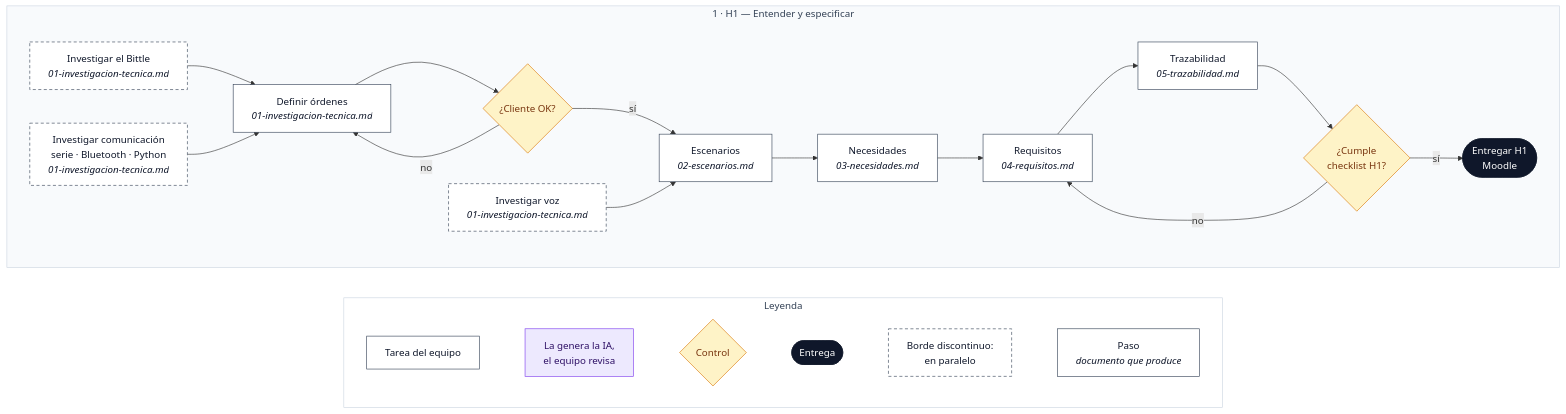
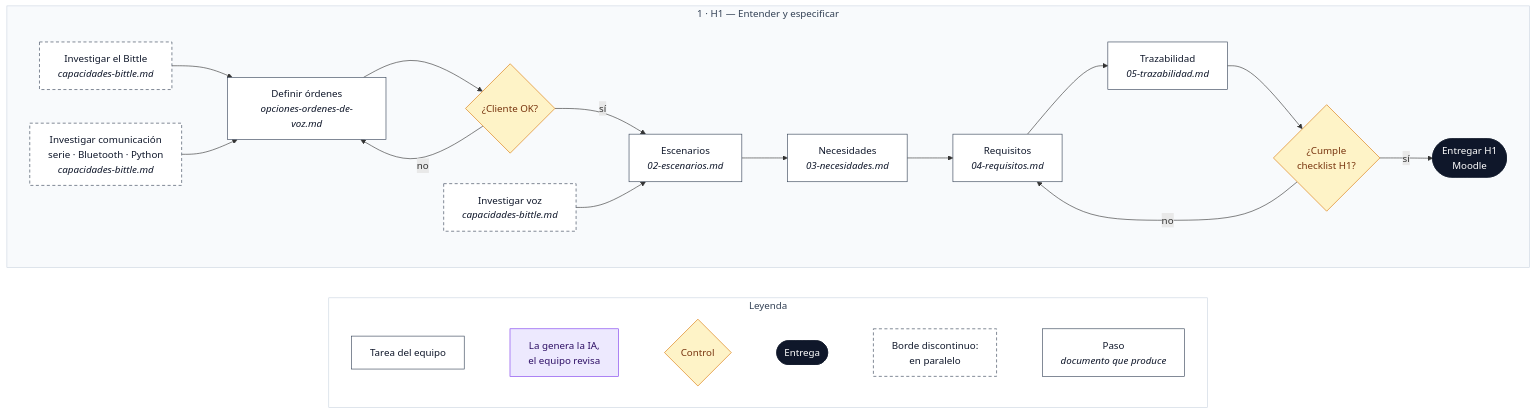
Before and after one commit to MochoPlayer/Perro-Spek-Kit: the diagram in H1-especificacion-inicial/README.md, drawn with Mermaid. The commit also changed other lines of this file and 1 other file, not shown here.

Commit message:
Adapta el flujo del H1 a los documentos de Mario
La investigación técnica apunta a capacidades-bittle.md y la definición
de órdenes a opciones-ordenes-de-voz.md. Se mantienen 02-05.

Claude-Session: https://claude.ai/code/session_01Va838tywvYvg74m9rmzyLu

````diff
--- a/H1-especificacion-inicial/README.md
+++ b/H1-especificacion-inicial/README.md
@@ -55,45 +55,45 @@
 ```mermaid
 flowchart TB
   classDef eq fill:#ffffff,stroke:#334155,color:#0f172a
   classDef ia fill:#ede9fe,stroke:#7c3aed,color:#2e1065
   classDef check fill:#fef3c7,stroke:#d97706,color:#78350f
   classDef hito fill:#0f172a,stroke:#0f172a,color:#ffffff
   classDef par stroke-dasharray:5 4
 
   subgraph S1["1 · H1 — Entender y especificar"]
     direction LR
-    A1["Investigar el Bittle<br/><i>01-investigacion-tecnica.md</i>"]:::eq
-    A2["Investigar comunicación<br/>serie · Bluetooth · Python<br/><i>01-investigacion-tecnica.md</i>"]:::eq
-    A3["Investigar voz<br/><i>01-investigacion-tecnica.md</i>"]:::eq
-    B["Definir órdenes<br/><i>01-investigacion-tecnica.md</i>"]:::eq
+    A1["Investigar el Bittle<br/><i>capacidades-bittle.md</i>"]:::eq
+    A2["Investigar comunicación<br/>serie · Bluetooth · Python<br/><i>capacidades-bittle.md</i>"]:::eq
+    A3["Investigar voz<br/><i>capacidades-bittle.md</i>"]:::eq
+    B["Definir órdenes<br/><i>opciones-ordenes-de-voz.md</i>"]:::eq
     C{"¿Cliente OK?"}:::check
     D["Escenarios<br/><i>02-escenarios.md</i>"]:::eq
     E["Necesidades<br/><i>03-necesidades.md</i>"]:::eq
     F["Requisitos<br/><i>04-requisitos.md</i>"]:::eq
     G["Trazabilidad<br/><i>05-trazabilidad.md</i>"]:::eq
     H{"¿Cumple<br/>checklist H1?"}:::check
     M1(["Entregar H1<br/>Moodle"]):::hito
     class A1,A2,A3 par
     A1 & A2 --> B --> C -- sí --> D
     C -- no --> B
     A3 --> D
     D --> E --> F --> G --> H -- sí --> M1
     H -- no --> F
   end
 
   subgraph LEY["Leyenda"]
     direction LR
     L1["Tarea del equipo"]:::eq
     L2["La genera la IA,<br/>el equipo revisa"]:::ia
     L3{"Control"}:::check
     L4(["Entrega"]):::hito
     L5["Borde discontinuo:<br/>en paralelo"]:::eq
     L6["Paso<br/><i>documento que produce</i>"]:::eq
     class L5 par
     L1 ~~~ L2 ~~~ L3 ~~~ L4 ~~~ L5 ~~~ L6
   end
 
   style LEY fill:#ffffff,stroke:#cbd5e1,color:#334155
   style S1 fill:#f8fafc,stroke:#cbd5e1,color:#334155
   S1 ~~~ LEY
 ```
````
